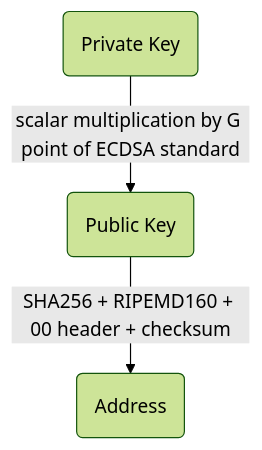
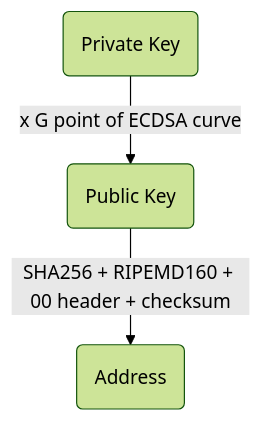
One commit to oliviertm/BitcoinEcdsa changed the first of 3 diagrams in README.md. Above: the diagram before and after it, drawn with Mermaid (forest theme). The commit also changed other lines of this file, not shown here.

Commit message:
Try to fix incorrect display of mermaid diagrams

````diff
--- a/README.md
+++ b/README.md
@@ -22,5 +22,5 @@
 ```mermaid
 graph TD;
-    PVK(Private Key)-->|scalar multiplication by G point of ECDSA standard| PBK(Public Key);
+    PVK(Private Key)-->|x G point of ECDSA curve| PBK(Public Key);
     PBK-->|SHA256 + RIPEMD160 + 00 header + checksum| PBK256(Address);
 ```
````
